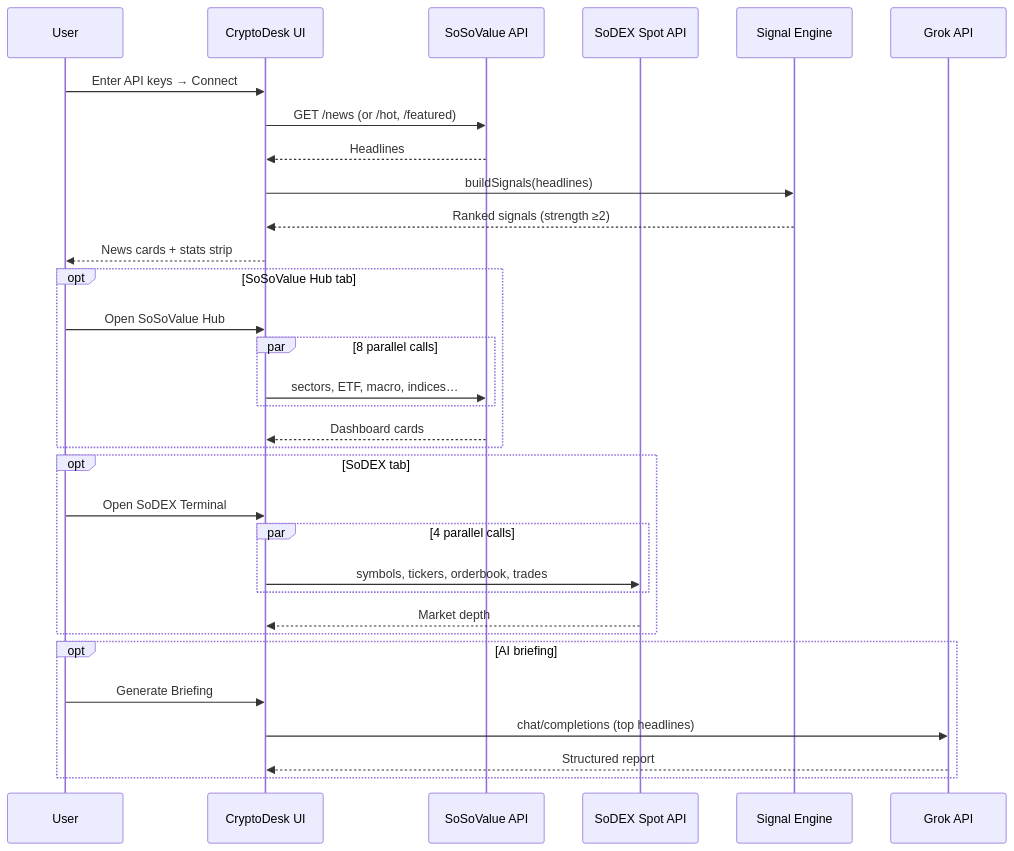
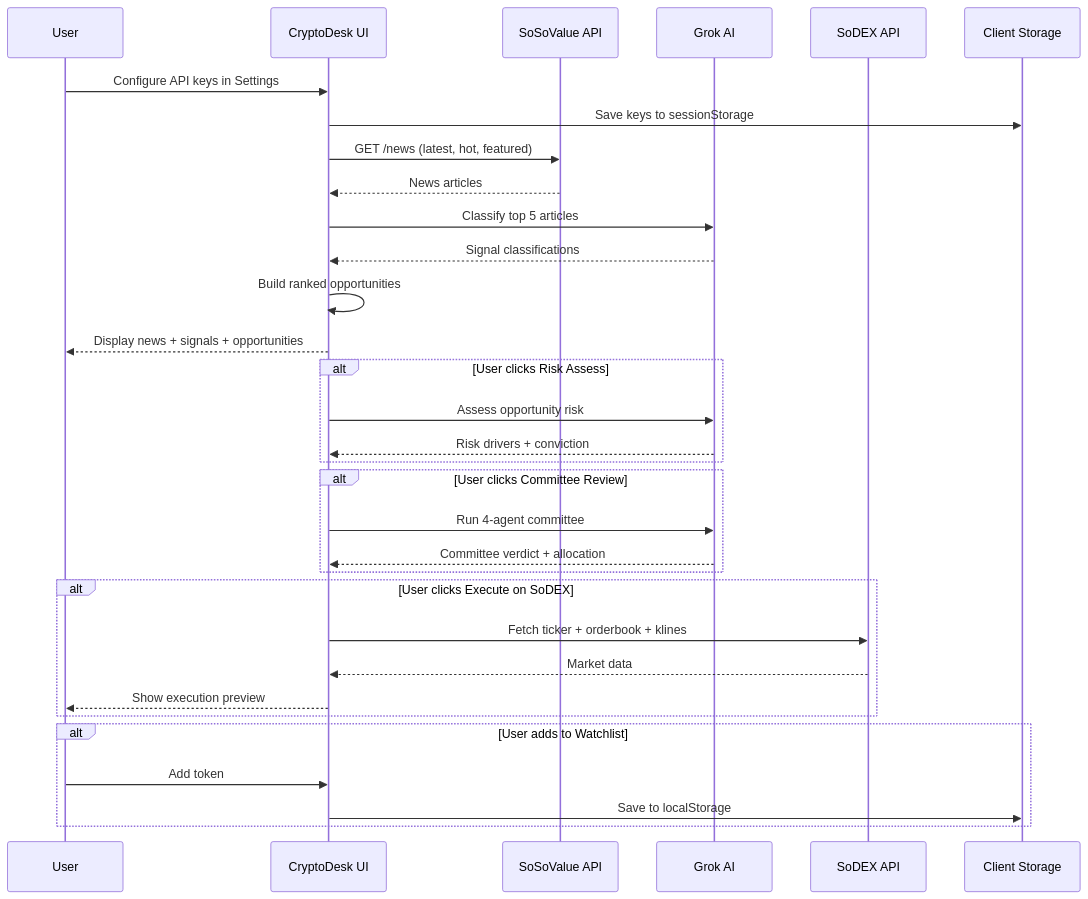
One commit to Nanle-code/CryptoDesk changed the fourth of 18 diagrams in cryptodesk/README.md. Above: the diagram before and after it, drawn with Mermaid. The commit also changed other lines of this file and 28 other files, not shown here.

````diff
--- a/cryptodesk/README.md
+++ b/cryptodesk/README.md
@@ -389,38 +381,39 @@
 ```mermaid
 sequenceDiagram
     participant User
     participant UI as CryptoDesk UI
     participant SoSo as SoSoValue API
-    participant SoDEX as SoDEX Spot API
-    participant Sig as Signal Engine
-    participant Grok as Grok API
+    participant Grok as Grok AI
+    participant SoDEX as SoDEX API
+    participant Store as Client Storage
 
-    User->>UI: Enter API keys → Connect
-    UI->>SoSo: GET /news (or /hot, /featured)
-    SoSo-->>UI: Headlines
-    UI->>Sig: buildSignals(headlines)
-    Sig-->>UI: Ranked signals (strength ≥2)
-    UI-->>User: News cards + stats strip
+    User->>UI: Configure API keys in Settings
+    UI->>Store: Save keys to sessionStorage
+    UI->>SoSo: GET /news (latest, hot, featured)
+    SoSo-->>UI: News articles
+    UI->>Grok: Classify top 5 articles
+    Grok-->>UI: Signal classifications
+    UI->>UI: Build ranked opportunities
+    UI-->>User: Display news + signals + opportunities
 
-    opt SoSoValue Hub tab
-        User->>UI: Open SoSoValue Hub
-        par 8 parallel calls
-            UI->>SoSo: sectors, ETF, macro, indices…
-        end
-        SoSo-->>UI: Dashboard cards
+    alt User clicks Risk Assess
+        UI->>Grok: Assess opportunity risk
+        Grok-->>UI: Risk drivers + conviction
     end
 
-    opt SoDEX tab
-        User->>UI: Open SoDEX Terminal
-        par 4 parallel calls
-            UI->>SoDEX: symbols, tickers, orderbook, trades
-        end
-        SoDEX-->>UI: Market depth
+    alt User clicks Committee Review
+        UI->>Grok: Run 4-agent committee
+        Grok-->>UI: Committee verdict + allocation
     end
 
-    opt AI briefing
-        User->>UI: Generate Briefing
-        UI->>Grok: chat/completions (top headlines)
-        Grok-->>UI: Structured report
+    alt User clicks Execute on SoDEX
+        UI->>SoDEX: Fetch ticker + orderbook + klines
+        SoDEX-->>UI: Market data
+        UI-->>User: Show execution preview
+    end
+
+    alt User adds to Watchlist
+        User->>UI: Add token
+        UI->>Store: Save to localStorage
     end
 ```
````
